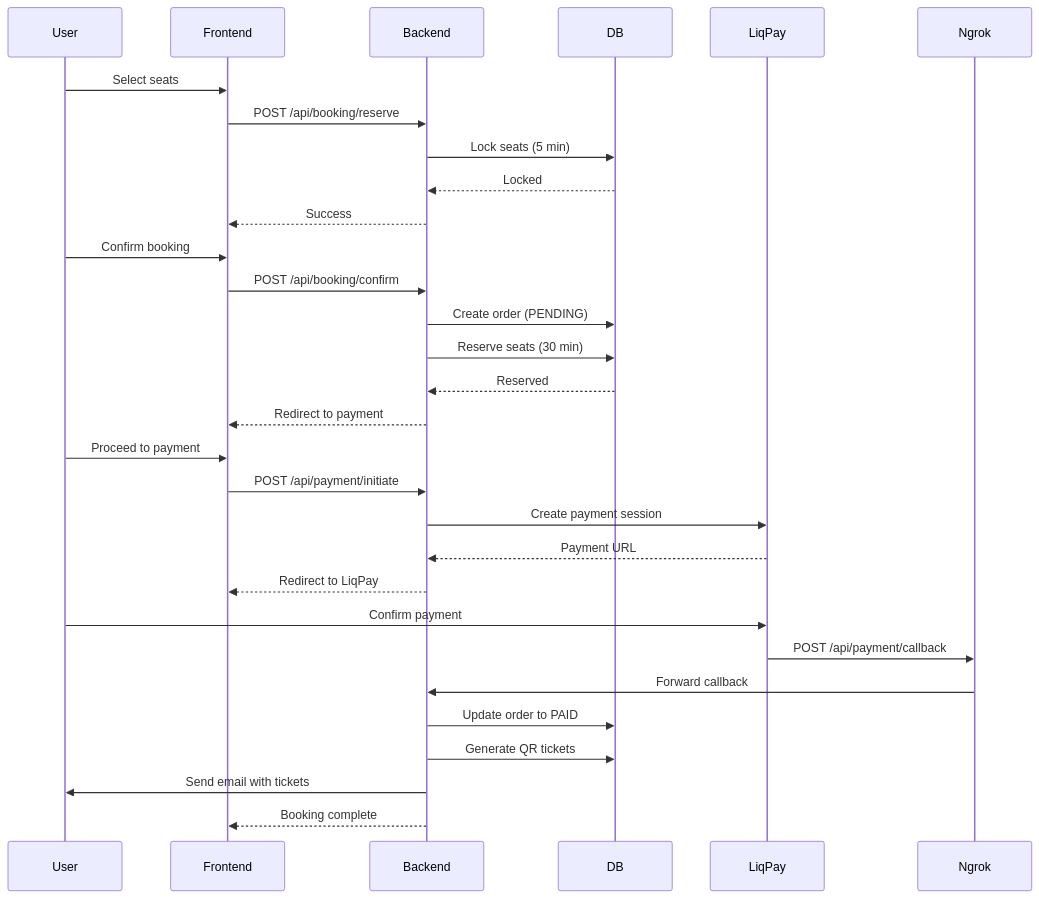
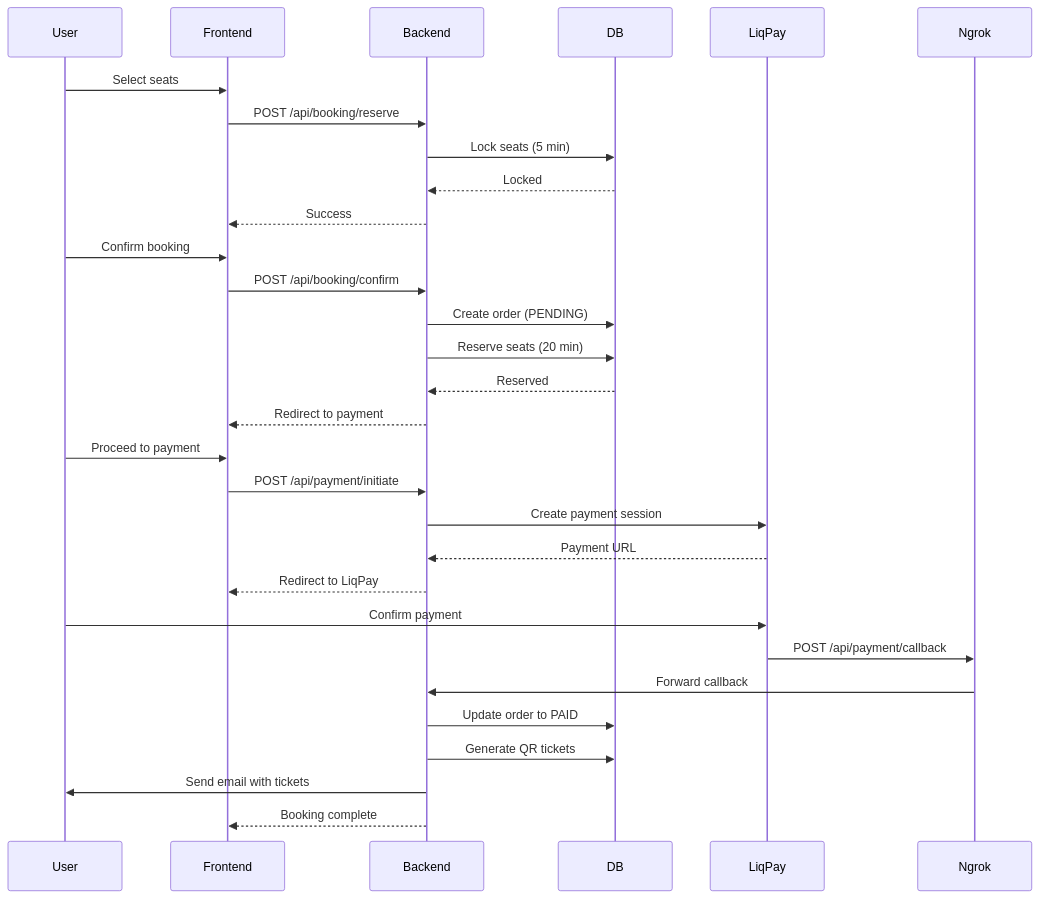
One commit to AntonBas/Cinema changed the second of 2 diagrams in README.md. Above: the diagram before and after it, drawn with Mermaid. The commit also changed other lines of this file, not shown here.

````diff
--- a/README.md
+++ b/README.md
@@ -170,36 +159,36 @@
 ```mermaid
 sequenceDiagram
     participant User
     participant Frontend
     participant Backend
     participant DB
     participant LiqPay
     participant Ngrok
 
     User->>Frontend: Select seats
     Frontend->>Backend: POST /api/booking/reserve
     Backend->>DB: Lock seats (5 min)
     DB-->>Backend: Locked
     Backend-->>Frontend: Success
 
     User->>Frontend: Confirm booking
     Frontend->>Backend: POST /api/booking/confirm
     Backend->>DB: Create order (PENDING)
-    Backend->>DB: Reserve seats (30 min)
+    Backend->>DB: Reserve seats (20 min)
     DB-->>Backend: Reserved
     Backend-->>Frontend: Redirect to payment
 
     User->>Frontend: Proceed to payment
     Frontend->>Backend: POST /api/payment/initiate
     Backend->>LiqPay: Create payment session
     LiqPay-->>Backend: Payment URL
     Backend-->>Frontend: Redirect to LiqPay
     User->>LiqPay: Confirm payment
 
     LiqPay->>Ngrok: POST /api/payment/callback
     Ngrok->>Backend: Forward callback
     Backend->>DB: Update order to PAID
     Backend->>DB: Generate QR tickets
     Backend->>User: Send email with tickets
     Backend-->>Frontend: Booking complete
 ```
````
